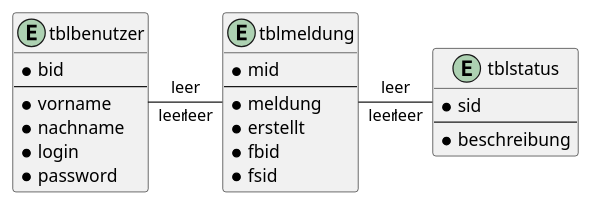
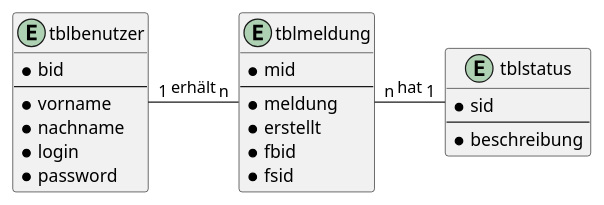
The diagram in ASP/erd_winter_2023.puml (Martin1088/Plantuml-With-Screenreader), drawn with PlantUML before and after one commit. The commit also changed 16 other files, not shown here.

```diff
--- a/ASP/erd_winter_2023.puml
+++ b/ASP/erd_winter_2023.puml
@@ -1,25 +1,25 @@
 @startuml name Aufgabe4_1_Benutzer
 entity tblbenutzer {
     * bid
     --
     * vorname
     * nachname
     * login
     *password 
 }
 entity tblmeldung {
     * mid 
     --
     * meldung
     * erstellt
     * fbid 
     * fsid 
 }
 entity tblstatus {
     * sid 
     --
     * beschreibung 
 }
-tblbenutzer "leer" - "leer" tblmeldung: leer
-tblmeldung "leer" - "leer" tblstatus: leer 
+tblbenutzer "1" - "n" tblmeldung: erhält 
+tblmeldung "n" - "1" tblstatus: hat
 @enduml
```
